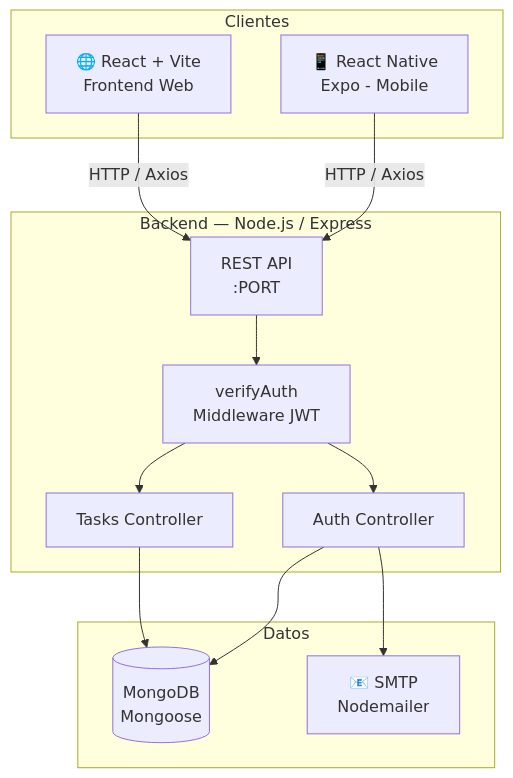
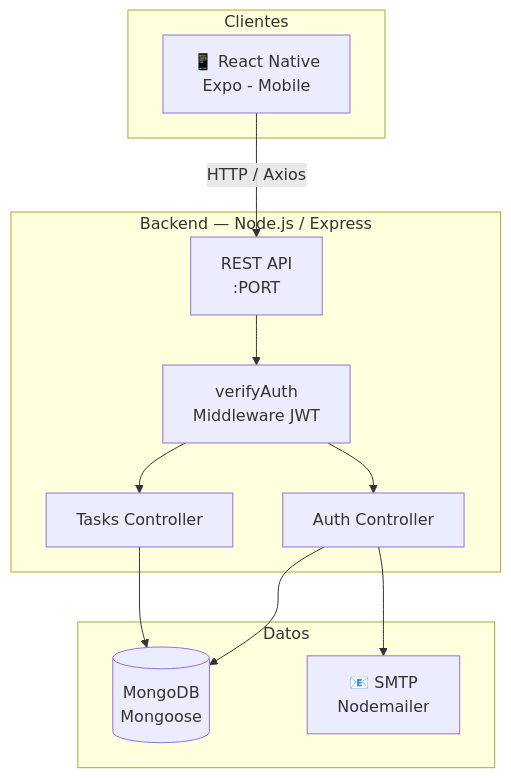
The first of 3 diagrams in README.md (santimontironi/first-mobile-app-react-native), drawn with Mermaid before and after one commit. The commit also changed other lines of this file, not shown here.

````diff
--- a/README.md
+++ b/README.md
@@ -13,28 +13,26 @@
 ```mermaid
 graph TD
     subgraph Clientes
         A[📱 React Native\nExpo - Mobile]
-        B[🌐 React + Vite\nFrontend Web]
     end
 
     subgraph Backend["Backend — Node.js / Express"]
         C[REST API\n:PORT]
         D[verifyAuth\nMiddleware JWT]
         E[Auth Controller]
         F[Tasks Controller]
     end
 
     subgraph Datos
         G[(MongoDB\nMongoose)]
         H[📧 SMTP\nNodemailer]
     end
 
     A -- HTTP / Axios --> C
-    B -- HTTP / Axios --> C
     C --> D
     D --> E
     D --> F
     E --> G
     F --> G
     E --> H
 ```
````
